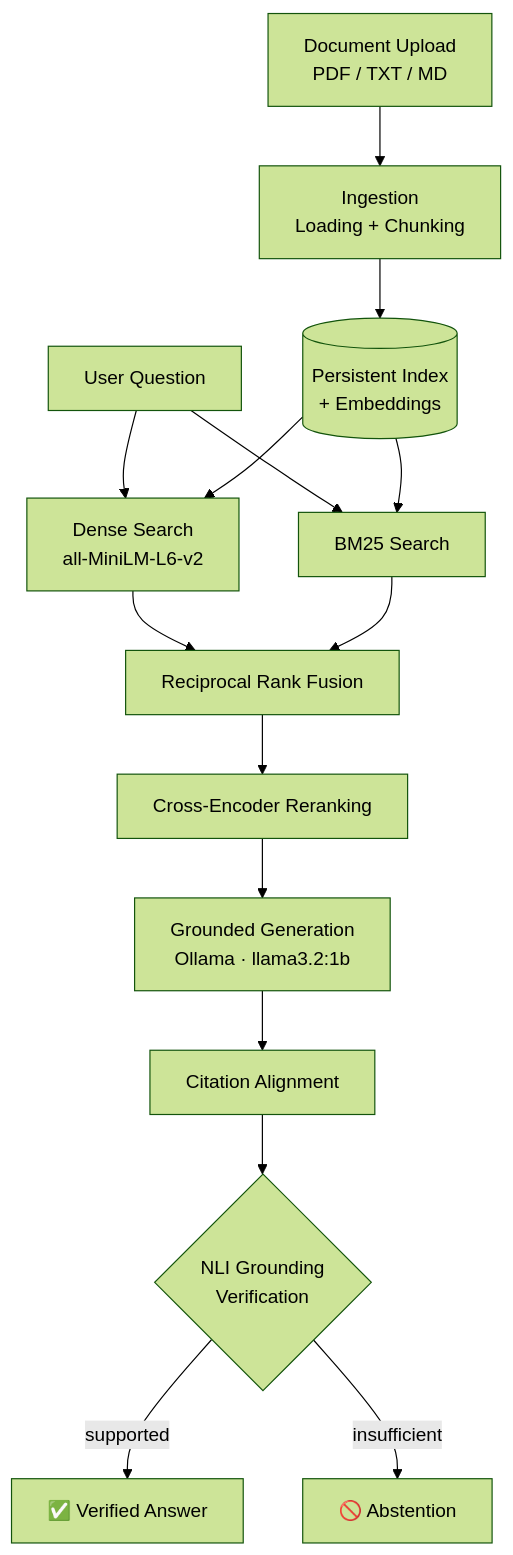
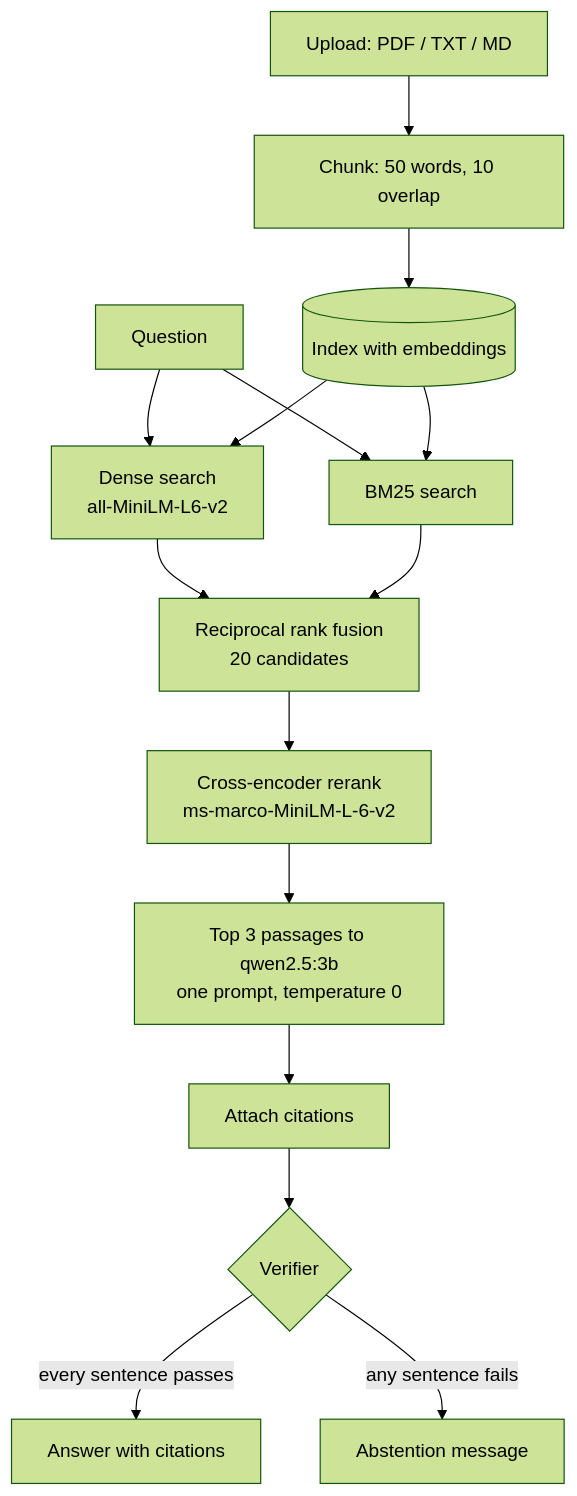
Before and after one commit to Sahil-u07/evidencerag: the diagram in README.md, drawn with Mermaid (forest theme). The commit also changed other lines of this file and 9 other files, not shown here.

````diff
--- a/README.md
+++ b/README.md
@@ -57,17 +19,17 @@
 ```mermaid
 flowchart TD
-    A[Document Upload<br/>PDF / TXT / MD] --> B[Ingestion<br/>Loading + Chunking]
-    B --> C[(Persistent Index<br/>+ Embeddings)]
-    Q[User Question] --> D[Dense Search<br/>all-MiniLM-L6-v2]
-    Q --> E[BM25 Search]
+    A[Upload: PDF / TXT / MD] --> B[Chunk: 50 words, 10 overlap]
+    B --> C[(Index with embeddings)]
+    Q[Question] --> D[Dense search<br/>all-MiniLM-L6-v2]
+    Q --> E[BM25 search]
     C --> D
     C --> E
-    D --> F[Reciprocal Rank Fusion]
+    D --> F[Reciprocal rank fusion<br/>20 candidates]
     E --> F
-    F --> G[Cross-Encoder Reranking]
-    G --> H[Grounded Generation<br/>Ollama · llama3.2:1b]
-    H --> I[Citation Alignment]
-    I --> J{NLI Grounding<br/>Verification}
-    J -- supported --> K[✅ Verified Answer]
-    J -- insufficient --> L[🚫 Abstention]
+    F --> G[Cross-encoder rerank<br/>ms-marco-MiniLM-L-6-v2]
+    G --> H[Top 3 passages to qwen2.5:3b<br/>one prompt, temperature 0]
+    H --> I[Attach citations]
+    I --> J{Verifier}
+    J -- every sentence passes --> K[Answer with citations]
+    J -- any sentence fails --> L[Abstention message]
 ```
````
